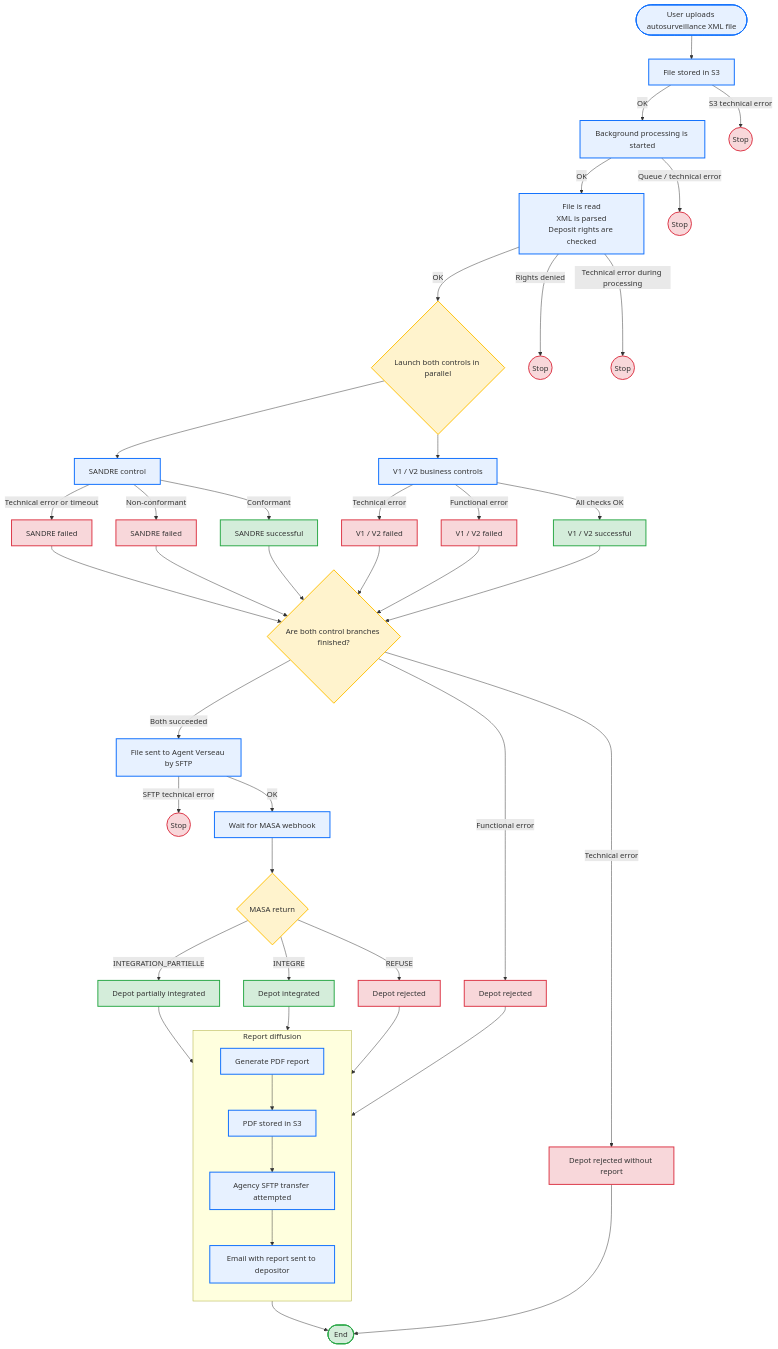
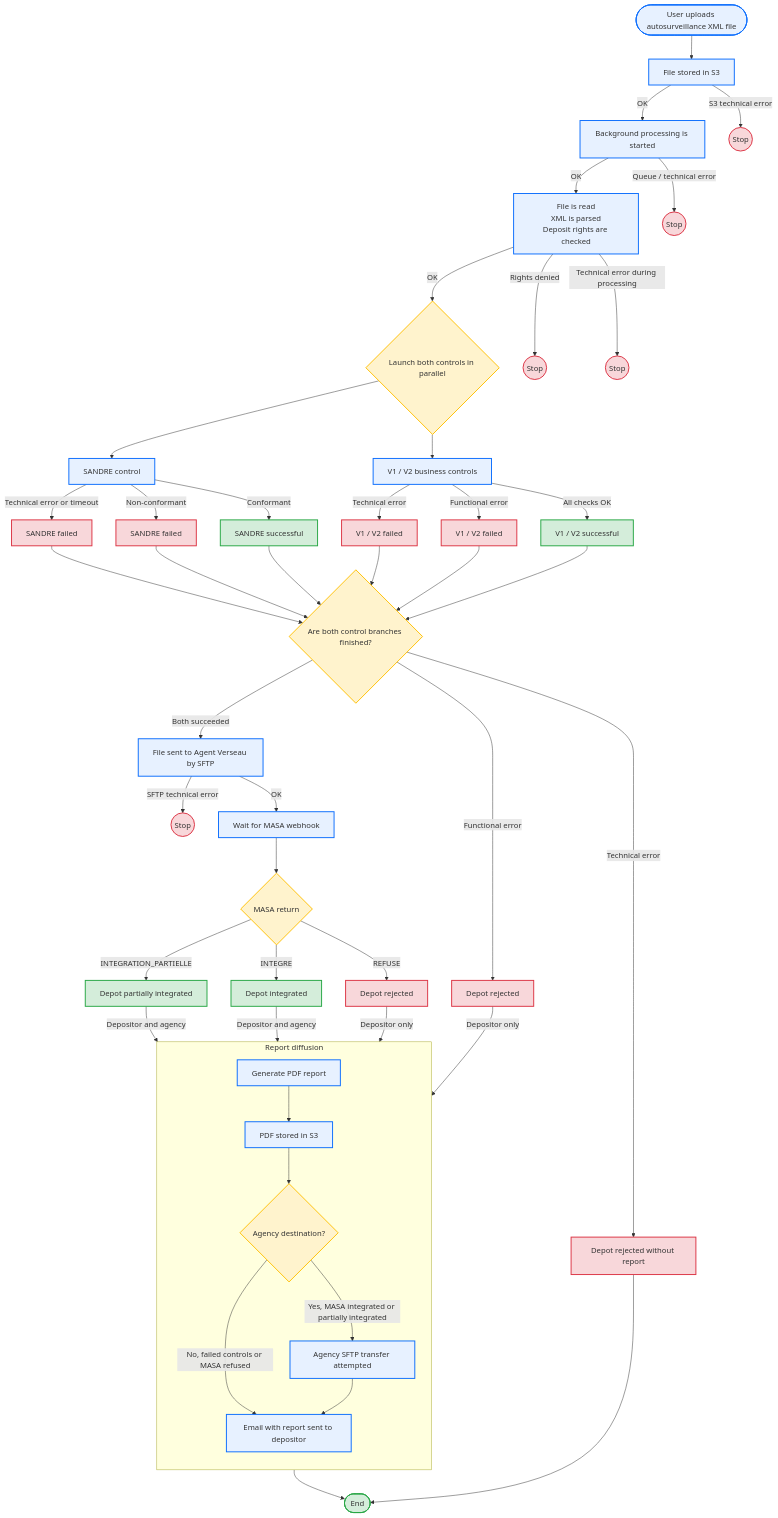
Before and after one commit to MTES-MCT/verseau2: the diagram in docs/depot-decision-diagram-business.md, drawn with Mermaid. The commit also changed 12 other files, not shown here.

````diff
--- a/docs/depot-decision-diagram-business.md
+++ b/docs/depot-decision-diagram-business.md
@@ -1,58 +1,63 @@
 ```mermaid
 flowchart TD
     A([User uploads autosurveillance XML file]) --> B[File stored in S3]
     B -->|OK| C[Background processing is started]
     B -->|S3 technical error| STOP1((Stop))
     C -->|OK| D[File is read<br/>XML is parsed<br/>Deposit rights are checked]
     C -->|Queue / technical error| STOP2((Stop))
     D -->|OK| E{Launch both controls in parallel}
     D -->|Rights denied| STOP3((Stop))
     D -->|Technical error during processing| STOP4((Stop))
     E --> F[V1 / V2 business controls]
     E --> G[SANDRE control]
     F -->|All checks OK| FOK[V1 / V2 successful]
     F -->|Functional error| FKO[V1 / V2 failed]
     F -->|Technical error| FTECH[V1 / V2 failed]
     G -->|Conformant| GOK[SANDRE successful]
     G -->|Non-conformant| GKO[SANDRE failed]
     G -->|Technical error or timeout| GTECH[SANDRE failed]
     FOK --> H{Are both control branches finished?}
     FKO --> H
     FTECH --> H
     GOK --> H
     GKO --> H
     GTECH --> H
     H -->|Functional error| R1[Depot rejected]
     H -->|Technical error| RTECH[Depot rejected without report]
     H -->|Both succeeded| I[File sent to Agent Verseau by SFTP]
     I -->|SFTP technical error| STOP5((Stop))
     I -->|OK| N[Wait for MASA webhook]
     N --> O{MASA return}
     O -->|REFUSE| O1[Depot rejected]
     O -->|INTEGRE| O2[Depot integrated]
     O -->|INTEGRATION_PARTIELLE| O3[Depot partially integrated]
     subgraph RD["Report diffusion"]
         direction TB
         P1[Generate PDF report]
         P2[PDF stored in S3]
+        PDEST{Agency destination?}
         P3[Agency SFTP transfer attempted]
         P4[Email with report sent to depositor]
-        P1 --> P2 --> P3 --> P4
+        P1 --> P2
+        P2 --> PDEST
+        PDEST -->|Yes, MASA integrated or partially integrated| P3
+        PDEST -->|No, failed controls or MASA refused| P4
+        P3 --> P4
     end
-    R1 --> P1
-    O1 --> P1
-    O2 --> P1
-    O3 --> P1
+    R1 -->|Depositor only| P1
+    O1 -->|Depositor only| P1
+    O2 -->|Depositor and agency| P1
+    O3 -->|Depositor and agency| P1
     P4 --> END([End])
     RTECH --> END
     classDef success fill:#d4edda,stroke:#28a745,stroke-width:2px;
     classDef error fill:#f8d7da,stroke:#dc3545,stroke-width:2px;
     classDef process fill:#e7f1ff,stroke:#0d6efd,stroke-width:2px;
     classDef decision fill:#fff3cd,stroke:#ffc107,stroke-width:2px;
     classDef terminal fill:#f8d7da,stroke:#dc3545,stroke-width:2px;
     class A,B,C,D,E,F,G,H,I,N,O,P1,P2,P3,P4 process;
     class FKO,FTECH,GKO,GTECH,R1,RTECH,O1 error;
     class FOK,GOK,O2,O3,END success;
-    class E,H,O decision;
+    class E,H,O,PDEST decision;
     class STOP1,STOP2,STOP3,STOP4,STOP5 terminal;
 ```
````
